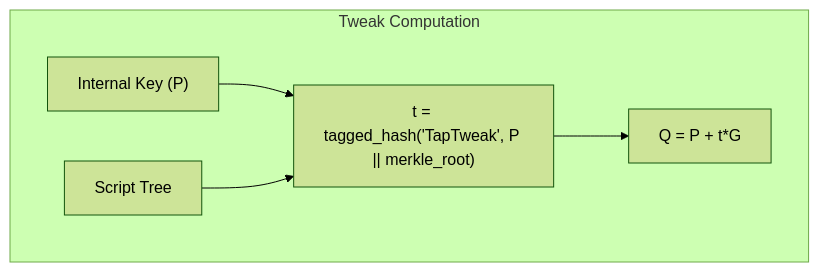
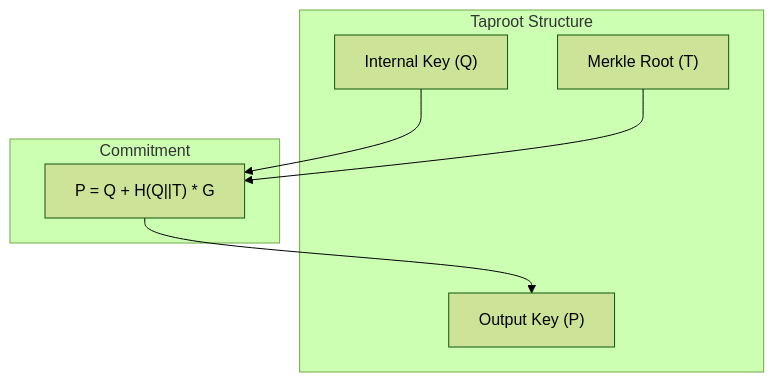
Before and after one commit to diegobianqui/BOSS_Syllabus: the first of 3 diagrams in src/taproot.md, drawn with Mermaid (forest theme). The commit also changed other lines of this file and 3 other files, not shown here.

````diff
--- a/src/taproot.md
+++ b/src/taproot.md
@@ -28,13 +27,16 @@
 ```mermaid
 graph TD
-    subgraph Tweak["Tweak Computation"]
-        INT["Internal Key (P)"]
-        TREE["Script Tree"]
-        TAGGED["t = tagged_hash('TapTweak', P || merkle_root)"]
-        OUT["Q = P + t*G"]
+    subgraph Structure["Taproot Structure"]
+        INT["Internal Key (Q)"]
+        ROOT["Merkle Root (T)"]
+        OUT["Output Key (P)"]
     end
     
-    INT --> TAGGED
-    TREE --> TAGGED
-    TAGGED --> OUT
+    subgraph Formula["Commitment"]
+        F["P = Q + H(Q||T) * G"]
+    end
+    
+    INT --> F
+    ROOT --> F
+    F --> OUT
 ```
````
